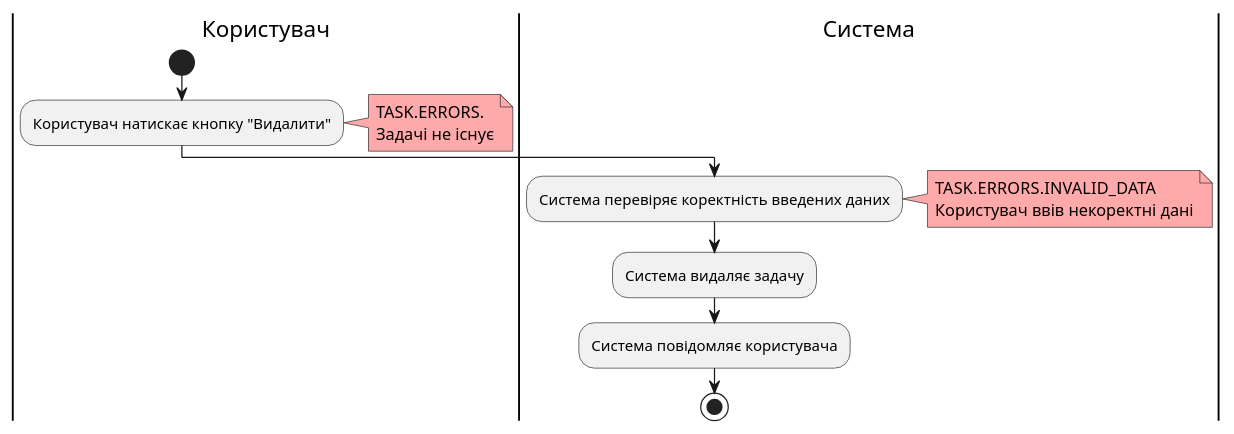
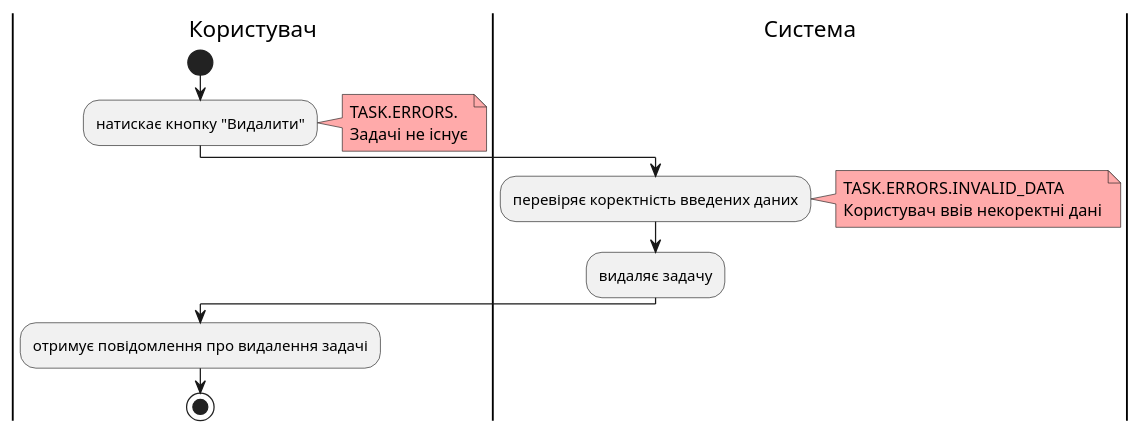
Diagram 18 of 23 in docs/use cases/README.md (yarikkot04/Sup), drawn with PlantUML before and after one commit. The commit also changed other lines of this file and 1 other file, not shown here.

```diff
--- a/docs/use cases/README.md
+++ b/docs/use cases/README.md
@@ -810,20 +820,21 @@
 @startuml
 
     |Користувач|
      start
-      :Користувач натискає кнопку "Видалити";
+      :натискає кнопку "Видалити";
        note right #ffaaaa
        TASK.ERRORS.
        Задачі не існує
        end note
     |Система|
-      :Система перевіряє коректність введених даних;
+      :перевіряє коректність введених даних;
        note right #ffaaaa
        TASK.ERRORS.INVALID_DATA 
        Користувач ввів некоректні дані
        end note
-      :Система видаляє задачу;
-      :Система повідомляє користувача;
+      :видаляє задачу;
+    |Користувач|
+      :отримує повідомлення про видалення задачі;
      stop;
 
 @enduml    
```
